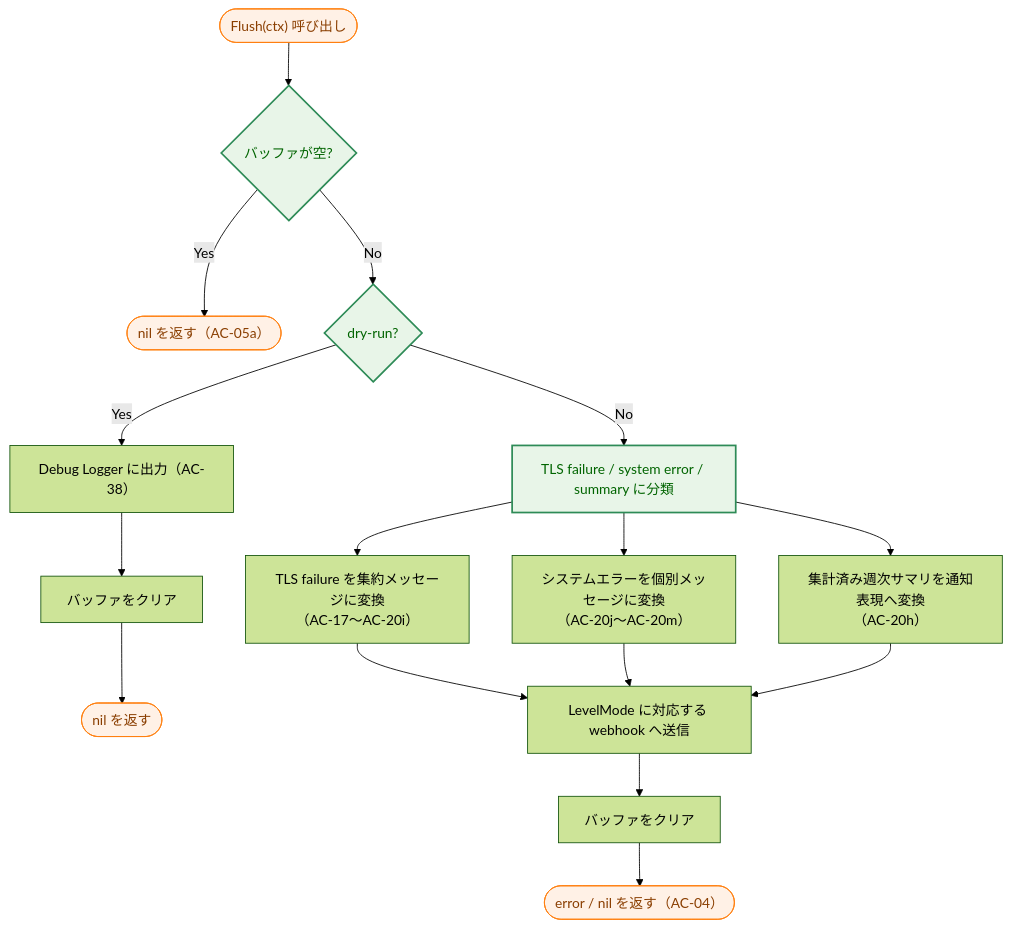
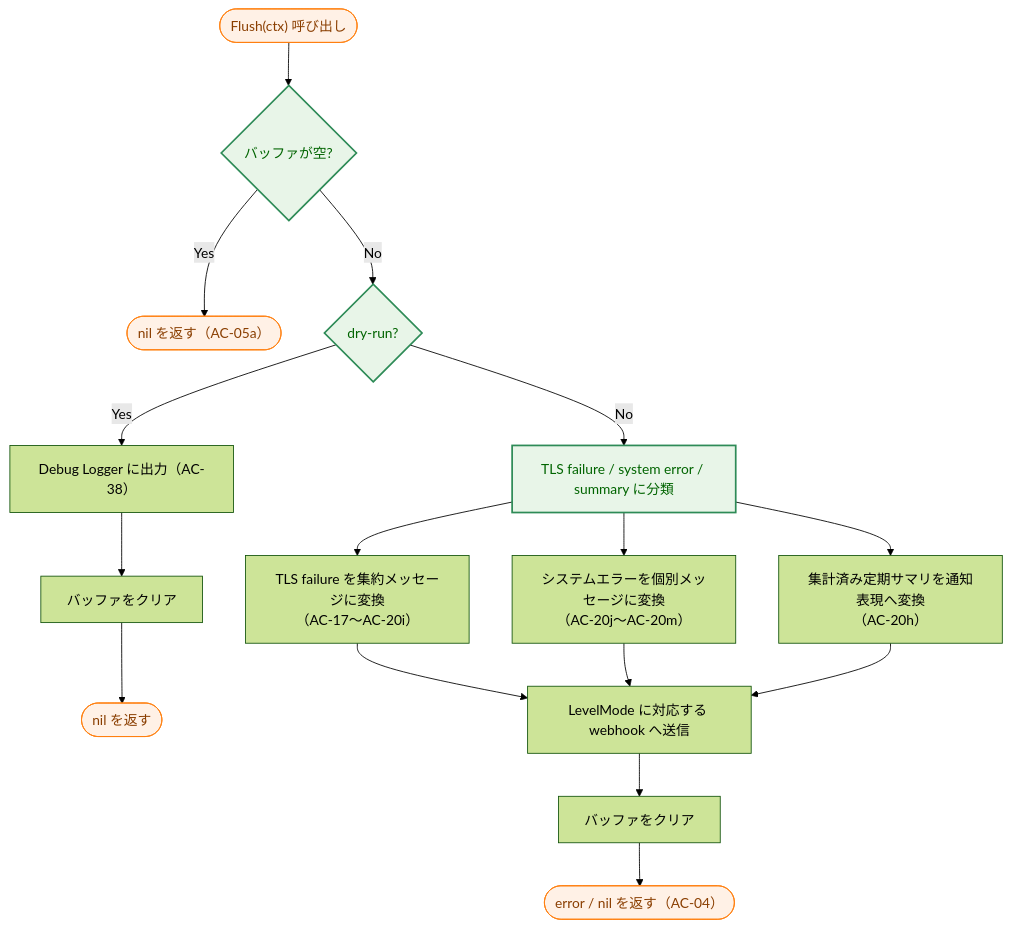
One commit to isseis/tlsrpt-digest changed the tenth of 11 diagrams in docs/tasks/0030_slack_notify/02_architecture.md. Above: the diagram before and after it, drawn with Mermaid (forest theme). The commit also changed other lines of this file, not shown here.

First line of the commit message:
docs(0030): replace 週次 with 定期 in architecture doc

````diff
--- a/docs/tasks/0030_slack_notify/02_architecture.md
+++ b/docs/tasks/0030_slack_notify/02_architecture.md
@@ -396,24 +396,24 @@
 ```mermaid
 flowchart TD
     classDef process fill:#fff1e6,stroke:#ff7f0e,stroke-width:1px,color:#8a3e00;
     classDef enhanced fill:#e8f5e8,stroke:#2e8b57,stroke-width:2px,color:#006400;
 
     Start(["Flush(ctx) 呼び出し"]) --> Empty{"バッファが空?"}
     Empty -->|"Yes"| RetNil(["nil を返す（AC-05a）"])
     Empty -->|"No"| DryRun{"dry-run?"}
     DryRun -->|"Yes"| LogDebug["Debug Logger に出力（AC-38）"]
     LogDebug --> Clear1["バッファをクリア"]
     Clear1 --> RetNil2(["nil を返す"])
     DryRun -->|"No"| Split["TLS failure / system error / summary に分類"]
     Split --> AggMsg["TLS failure を集約メッセージに変換<br>（AC-17〜AC-20i）"]
     Split --> SysMsgs["システムエラーを個別メッセージに変換<br>（AC-20j〜AC-20m）"]
-    Split --> SummaryMsg["集計済み週次サマリを通知表現へ変換<br>（AC-20h）"]
+    Split --> SummaryMsg["集計済み定期サマリを通知表現へ変換<br>（AC-20h）"]
     AggMsg --> Send["LevelMode に対応する webhook へ送信"]
     SysMsgs --> Send
     SummaryMsg --> Send
     Send --> Clear2["バッファをクリア"]
     Clear2 --> RetResult(["error / nil を返す（AC-04）"])
 
     class Start,RetNil,RetNil2,RetResult process
     class Empty,DryRun,Split enhanced
 ```
````
